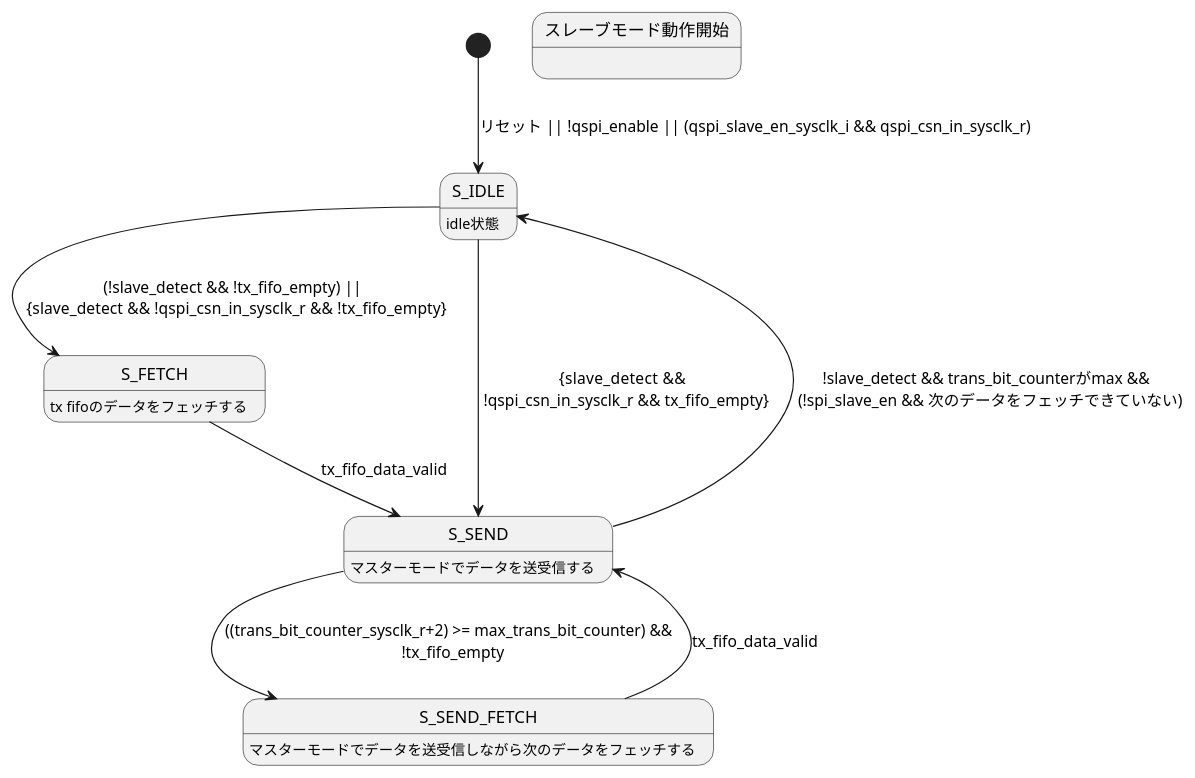
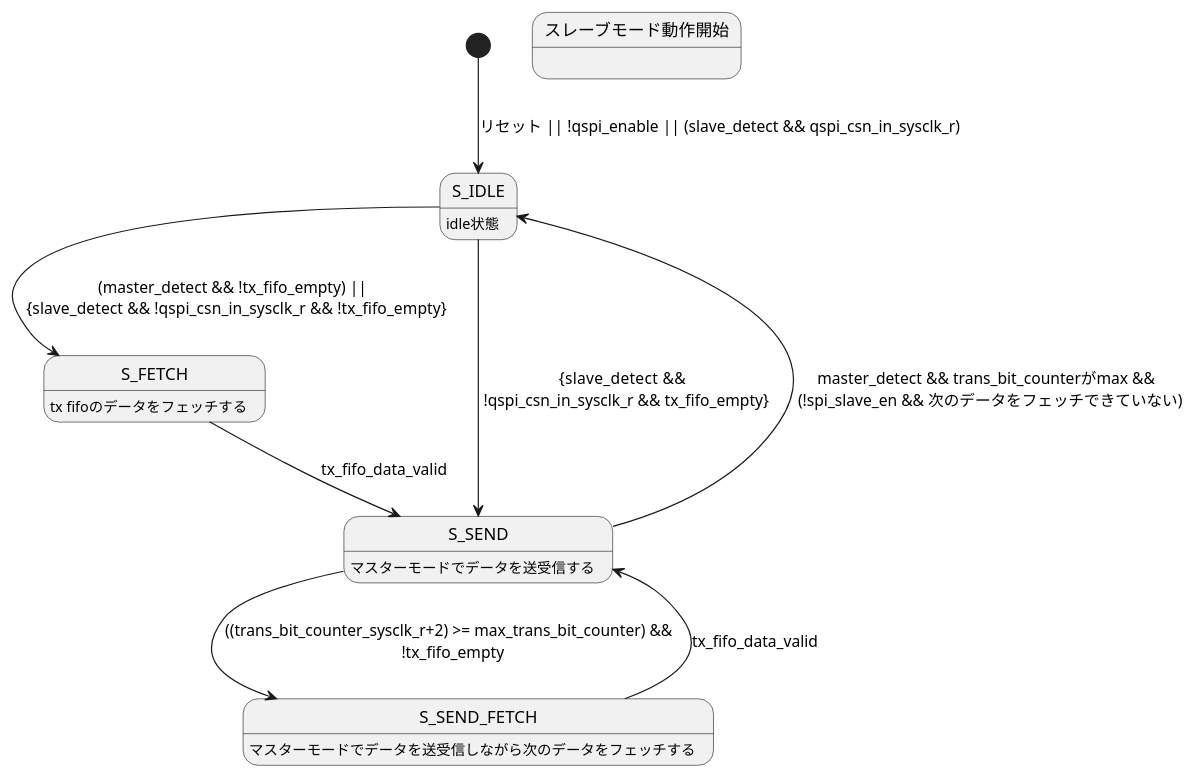
Before and after one commit to YKengo1224/rtl-ip-library: the diagram in peripheral/spi/doc/figure/qspi_core_fsm.pu, drawn with PlantUML. The commit also changed 21 other files, not shown here.

```diff
--- a/peripheral/spi/doc/figure/qspi_core_fsm.pu
+++ b/peripheral/spi/doc/figure/qspi_core_fsm.pu
@@ -1,46 +1,46 @@
 @startuml
 hide empty description
 
-[*] --> S_IDLE : リセット || !qspi_enable || (qspi_slave_en_sysclk_i && qspi_csn_in_sysclk_r)
+[*] --> S_IDLE : リセット || !qspi_enable || (slave_detect && qspi_csn_in_sysclk_r)
 
 S_IDLE :idle状態
 S_FETCH : tx fifoのデータをフェッチする
 S_SEND : マスターモードでデータを送受信する
 S_SEND_FETCH : マスターモードでデータを送受信しながら次のデータをフェッチする
 
 ' S_S_RECEIVE : スレーブモードで受信のみを行う
 ' S_S_FETCH : スレーブモードでtx fifoのデータをフェッチする
 ' S_S_SEND : スレーブモードでデータを送信する
 ' S_S_SEND_FETCH : スレーブモードでデータを送信しながら次のデータをフェッチする
 
 スレーブモード動作開始: 
 
 
-S_IDLE --> S_FETCH : (!slave_detect && !tx_fifo_empty) || \n {slave_detect &&  !qspi_csn_in_sysclk_r && !tx_fifo_empty}
+S_IDLE --> S_FETCH : (master_detect && !tx_fifo_empty) || \n {slave_detect &&  !qspi_csn_in_sysclk_r && !tx_fifo_empty}
 
 S_IDLE --> S_SEND : {slave_detect  && \n !qspi_csn_in_sysclk_r && tx_fifo_empty}
 
 S_FETCH --> S_SEND : tx_fifo_data_valid
 
 S_SEND --> S_SEND_FETCH : ((trans_bit_counter_sysclk_r+2) >= max_trans_bit_counter) && \n !tx_fifo_empty
 
-S_SEND --> S_IDLE : !slave_detect && trans_bit_counterがmax && \n (!spi_slave_en && 次のデータをフェッチできていない)
+S_SEND --> S_IDLE : master_detect && trans_bit_counterがmax && \n (!spi_slave_en && 次のデータをフェッチできていない)
 
 S_SEND_FETCH --> S_SEND : tx_fifo_data_valid
 
 
 
 
 
 
 
 ' S_IDLE --> S_S_RECEIVE : spi_slave_en && !qspi_csn_in_sysclk_r && \n (qspitrans_dir == "RECEIVE") && ()
 
 ' S_IDLE --> S_S_FETCH : spi_slave_en && qspi_csn_in_sysclk_r && tx_fifo_not_empty
 
 ' S_IDLE --> S_S_SEND : spi_slave_en && qspi_csn_in_sysclk_r && !tx_fifo_not_empty
 
 ' S_S_FETCH --> S_S_SEND : tx_fifo_data_valid && (qspi_protocol_sel != "QSPI_MODE")
 
 
 @enduml
```
